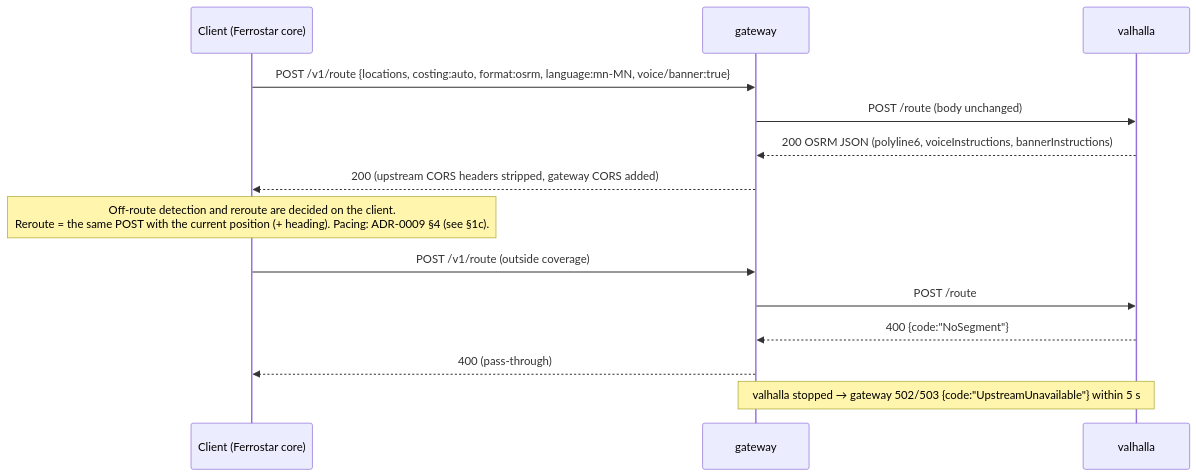
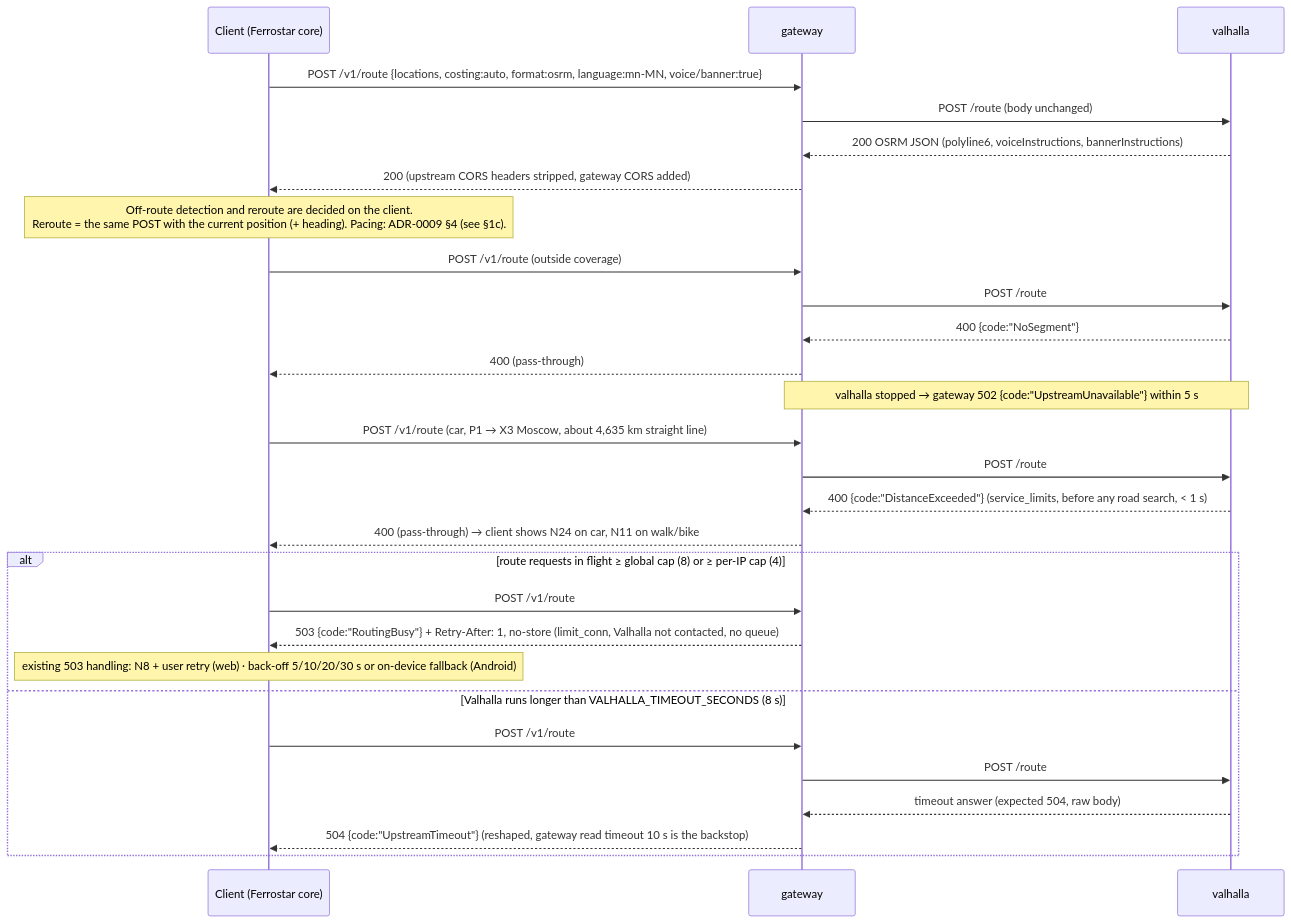
Diagram 13 of 13 in docs/architecture/system-overview.md (Uranbold/test.github.io), drawn with Mermaid before and after one commit. The commit also changed other lines of this file and 85 other files, not shown here.

First line of the commit message:
WIP: SEC-2 route request limits (change lane run 2 in progress, verification pending)

````diff
--- a/docs/architecture/system-overview.md
+++ b/docs/architecture/system-overview.md
@@ -361,16 +362,30 @@
 ```mermaid
 sequenceDiagram
   participant C as Client (Ferrostar core)
   participant G as gateway
   participant V as valhalla
   C->>G: POST /v1/route {locations, costing:auto, format:osrm, language:mn-MN, voice/banner:true}
   G->>V: POST /route (body unchanged)
   V-->>G: 200 OSRM JSON (polyline6, voiceInstructions, bannerInstructions)
   G-->>C: 200 (upstream CORS headers stripped, gateway CORS added)
   Note over C: Off-route detection and reroute are decided on the client.<br/>Reroute = the same POST with the current position (+ heading). Pacing: ADR-0009 §4 (see §1c).
   C->>G: POST /v1/route (outside coverage)
   G->>V: POST /route
   V-->>G: 400 {code:"NoSegment"}
   G-->>C: 400 (pass-through)
-  Note over G,V: valhalla stopped → gateway 502/503 {code:"UpstreamUnavailable"} within 5 s
+  Note over G,V: valhalla stopped → gateway 502 {code:"UpstreamUnavailable"} within 5 s
+  C->>G: POST /v1/route (car, P1 → X3 Moscow, about 4,635 km straight line)
+  G->>V: POST /route
+  V-->>G: 400 {code:"DistanceExceeded"} (service_limits, before any road search, < 1 s)
+  G-->>C: 400 (pass-through) → client shows N24 on car, N11 on walk/bike
+  alt route requests in flight ≥ global cap (8) or ≥ per-IP cap (4)
+    C->>G: POST /v1/route
+    G-->>C: 503 {code:"RoutingBusy"} + Retry-After: 1, no-store (limit_conn, Valhalla not contacted, no queue)
+    Note over C: existing 503 handling: N8 + user retry (web) · back-off 5/10/20/30 s or on-device fallback (Android)
+  else Valhalla runs longer than VALHALLA_TIMEOUT_SECONDS (8 s)
+    C->>G: POST /v1/route
+    G->>V: POST /route
+    V-->>G: timeout answer (expected 504, raw body)
+    G-->>C: 504 {code:"UpstreamTimeout"} (reshaped, gateway read timeout 10 s is the backstop)
+  end
 ```
````
